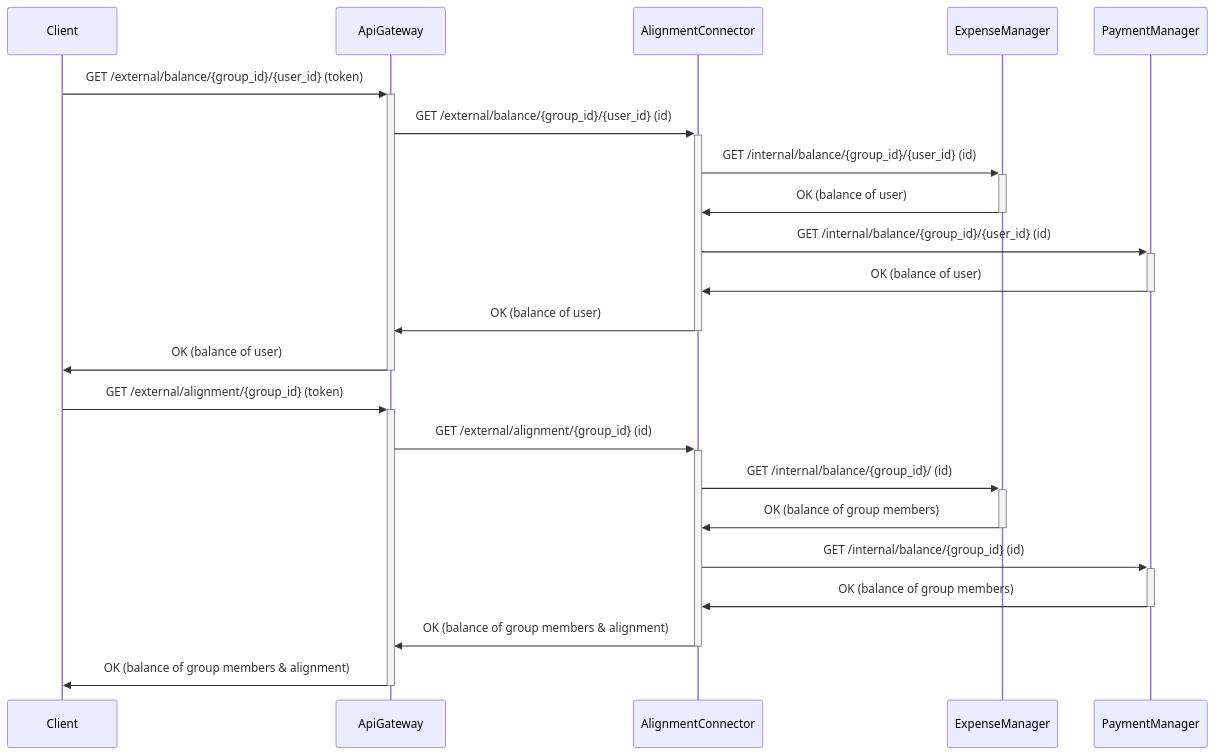
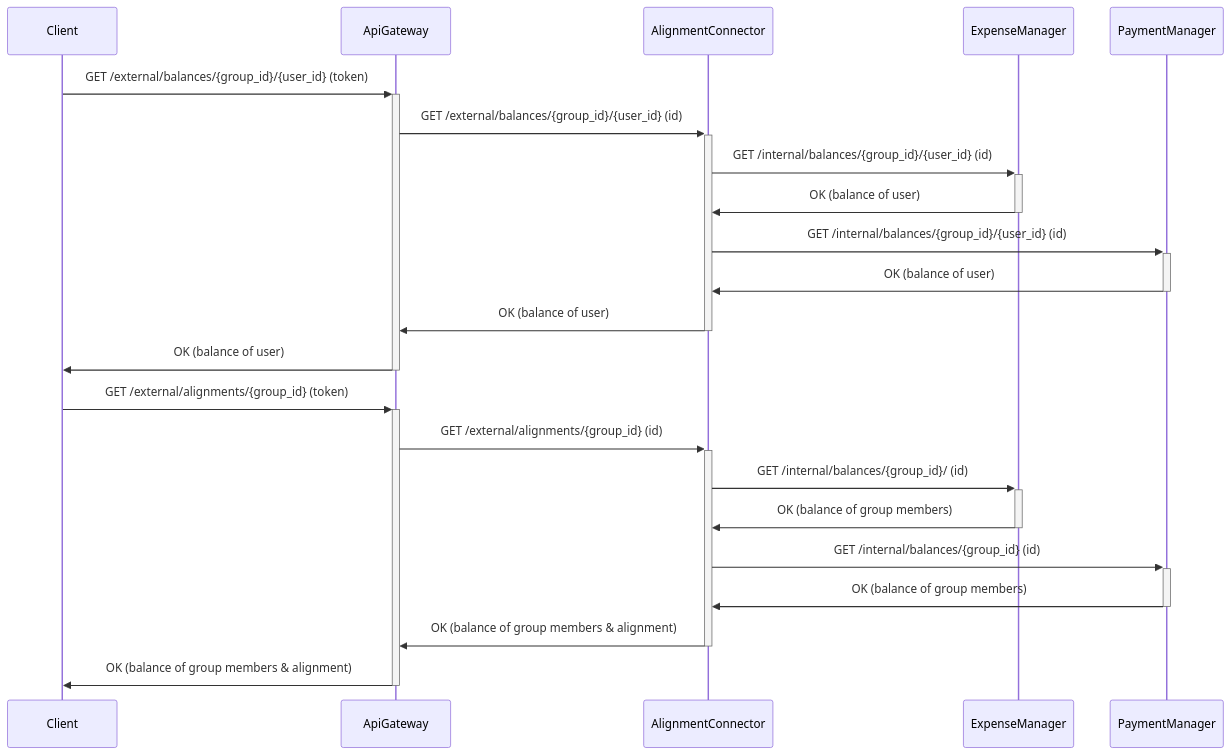
One commit to Group-Expense-Manager/gem-docs changed the seventh of 10 diagrams in docs/diagrams.md. Above: the diagram before and after it, drawn with Mermaid. The commit also changed other lines of this file and 1 other file, not shown here.

Commit message:
added Expense Manager contract

````diff
--- a/docs/diagrams.md
+++ b/docs/diagrams.md
@@ -251,21 +251,21 @@
 ``` mermaid
 sequenceDiagram
 
-Client->>+ApiGateway: GET /external/balance/{group_id}/{user_id} (token)
-ApiGateway->>+AlignmentConnector: GET /external/balance/{group_id}/{user_id} (id)
-AlignmentConnector->>+ ExpenseManager: GET /internal/balance/{group_id}/{user_id} (id)
+Client->>+ApiGateway: GET /external/balances/{group_id}/{user_id} (token)
+ApiGateway->>+AlignmentConnector: GET /external/balances/{group_id}/{user_id} (id)
+AlignmentConnector->>+ ExpenseManager: GET /internal/balances/{group_id}/{user_id} (id)
 ExpenseManager->>- AlignmentConnector: OK (balance of user)
-AlignmentConnector->>+ PaymentManager: GET /internal/balance/{group_id}/{user_id} (id)
+AlignmentConnector->>+ PaymentManager: GET /internal/balances/{group_id}/{user_id} (id)
 PaymentManager->>- AlignmentConnector: OK (balance of user)
 AlignmentConnector->>- ApiGateway: OK (balance of user)
 ApiGateway->>-Client: OK (balance of user)
 
-Client->>+ApiGateway: GET /external/alignment/{group_id} (token)
-ApiGateway->>+AlignmentConnector: GET /external/alignment/{group_id} (id)
-AlignmentConnector->>+ ExpenseManager: GET /internal/balance/{group_id}/ (id)
+Client->>+ApiGateway: GET /external/alignments/{group_id} (token)
+ApiGateway->>+AlignmentConnector: GET /external/alignments/{group_id} (id)
+AlignmentConnector->>+ ExpenseManager: GET /internal/balances/{group_id}/ (id)
 ExpenseManager->>- AlignmentConnector: OK (balance of group members)
-AlignmentConnector->>+ PaymentManager: GET /internal/balance/{group_id} (id)
+AlignmentConnector->>+ PaymentManager: GET /internal/balances/{group_id} (id)
 PaymentManager->>- AlignmentConnector: OK (balance of group members)
 AlignmentConnector->>- ApiGateway: OK (balance of group members & alignment)
 ApiGateway->>-Client: OK (balance of group members & alignment)
 ```
````
